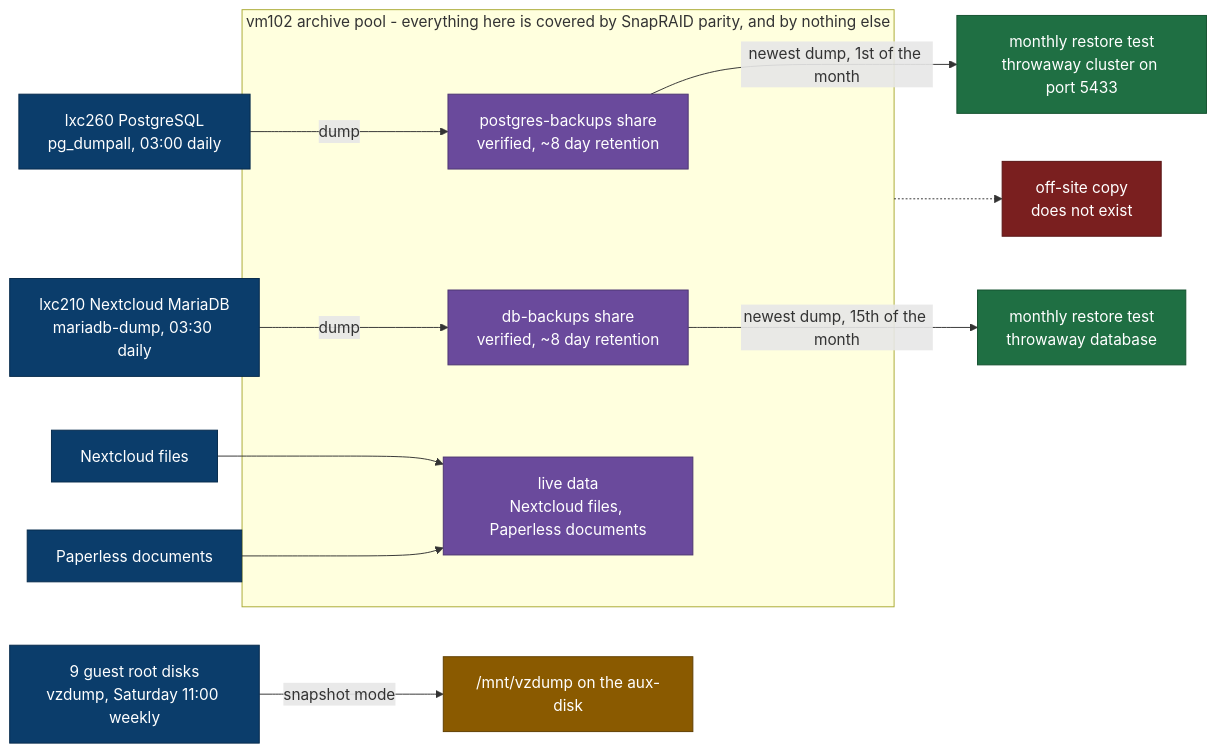
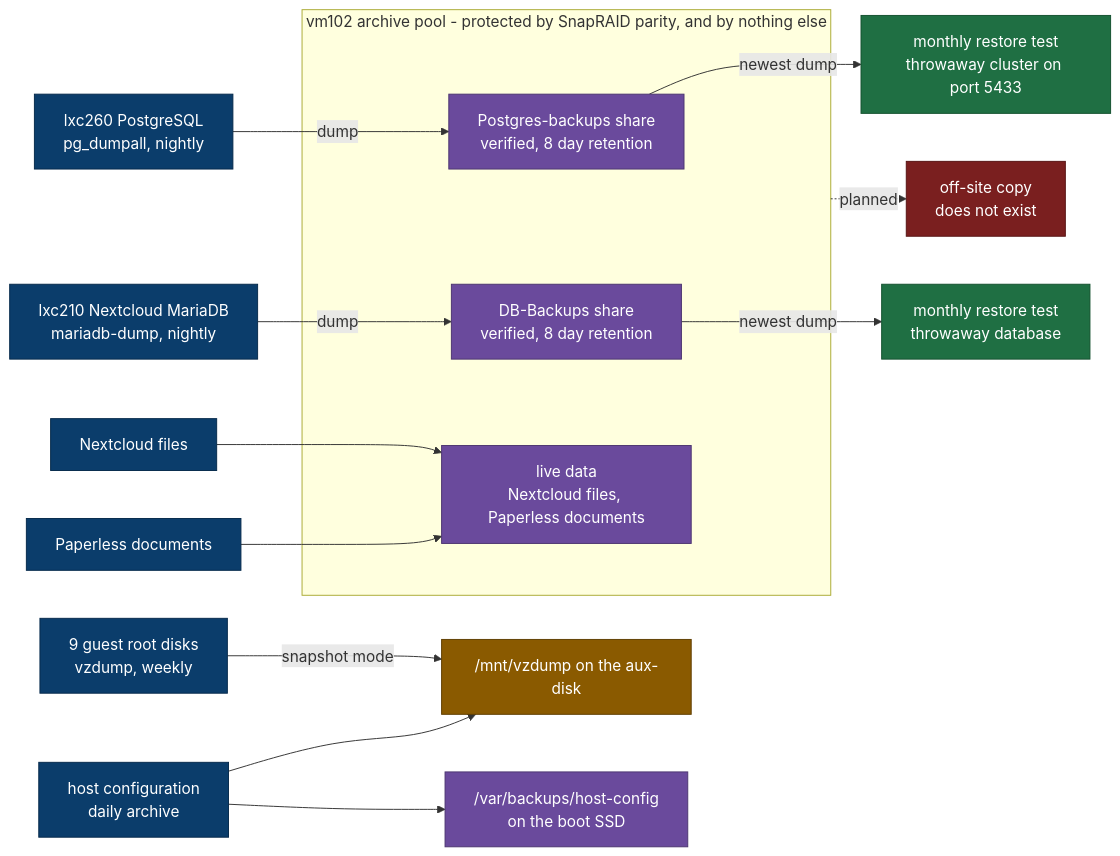
Before and after one commit to NicolasPogorzelski/homelab-server-architecture: the diagram in docs/architecture/backup-flow.md, drawn with Mermaid. The commit also changed other lines of this file and 23 other files, not shown here.

First line of the commit message:
docs(docs): reduce node, service and architecture documents to current state

````diff
--- a/docs/architecture/backup-flow.md
+++ b/docs/architecture/backup-flow.md
@@ -12,43 +11,47 @@
 ```mermaid
 flowchart LR
   accTitle: Backup flows and the gaps in them
-  accDescr: PostgreSQL and MariaDB dumps to SMB shares on vm102 protected by parity, each with a monthly restore test, weekly guest backups onto the aux-disk, and the missing off-site copy marked as a gap.
+  accDescr: PostgreSQL and MariaDB dumps to SMB shares on vm102, each with a monthly restore test, weekly guest backups and daily host configuration archives onto the aux-disk, and the missing off-site copy marked as a gap.
 
-  PG["lxc260 PostgreSQL<br/>pg_dumpall, 03:00 daily"]
-  MDB["lxc210 Nextcloud MariaDB<br/>mariadb-dump, 03:30 daily"]
-  GUESTS["9 guest root disks<br/>vzdump, Saturday 11:00 weekly"]
+  PG["lxc260 PostgreSQL<br/>pg_dumpall, nightly"]
+  MDB["lxc210 Nextcloud MariaDB<br/>mariadb-dump, nightly"]
+  GUESTS["9 guest root disks<br/>vzdump, weekly"]
+  HOSTCFG["host configuration<br/>daily archive"]
   NCF["Nextcloud files"]
   PPD["Paperless documents"]
 
-  subgraph vm102["vm102 archive pool - everything here is covered by SnapRAID parity, and by nothing else"]
-    PGSHARE["postgres-backups share<br/>verified, ~8 day retention"]
-    DBSHARE["db-backups share<br/>verified, ~8 day retention"]
+  subgraph vm102["vm102 archive pool - protected by SnapRAID parity, and by nothing else"]
+    PGSHARE["Postgres-backups share<br/>verified, 8 day retention"]
+    DBSHARE["DB-Backups share<br/>verified, 8 day retention"]
     LIVE["live data<br/>Nextcloud files, Paperless documents"]
   end
 
   VZDUMP["/mnt/vzdump on the aux-disk"]
+  BOOTCOPY["/var/backups/host-config<br/>on the boot SSD"]
   RESTORE["monthly restore test<br/>throwaway cluster on port 5433"]
   MRESTORE["monthly restore test<br/>throwaway database"]
   OFFSITE["off-site copy<br/>does not exist"]
 
   PG -->|"dump"| PGSHARE
   MDB -->|"dump"| DBSHARE
   NCF --> LIVE
   PPD --> LIVE
   GUESTS -->|"snapshot mode"| VZDUMP
+  HOSTCFG --> VZDUMP
+  HOSTCFG --> BOOTCOPY
 
-  PGSHARE -->|"newest dump, 1st of the month"| RESTORE
-  DBSHARE -->|"newest dump, 15th of the month"| MRESTORE
-  vm102 -.-> OFFSITE
+  PGSHARE -->|"newest dump"| RESTORE
+  DBSHARE -->|"newest dump"| MRESTORE
+  vm102 -.->|"planned"| OFFSITE
 
   classDef src fill:#0b3d6b,stroke:#062a4b,color:#ffffff
   classDef store fill:#6a4a9c,stroke:#4c3570,color:#ffffff
   classDef ok fill:#1f6f43,stroke:#14512f,color:#ffffff
   classDef warn fill:#8a5a00,stroke:#5f3e00,color:#ffffff
   classDef gap fill:#7a1f1f,stroke:#571414,color:#ffffff
-  class PG,MDB,NCF,PPD,GUESTS src
-  class PGSHARE,DBSHARE,LIVE store
+  class PG,MDB,NCF,PPD,GUESTS,HOSTCFG src
+  class PGSHARE,DBSHARE,LIVE,BOOTCOPY store
   class RESTORE,MRESTORE ok
   class VZDUMP warn
   class OFFSITE gap
 ```
````
